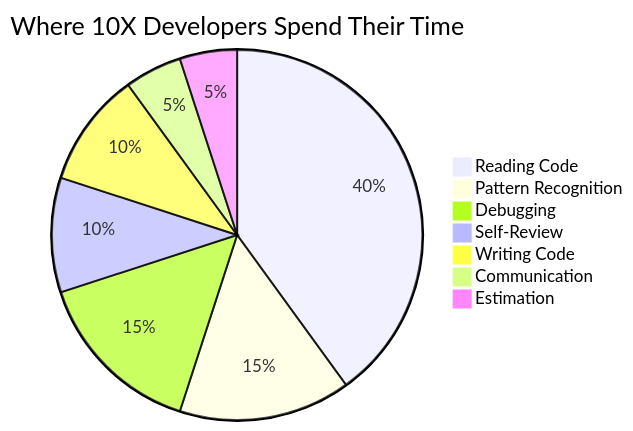
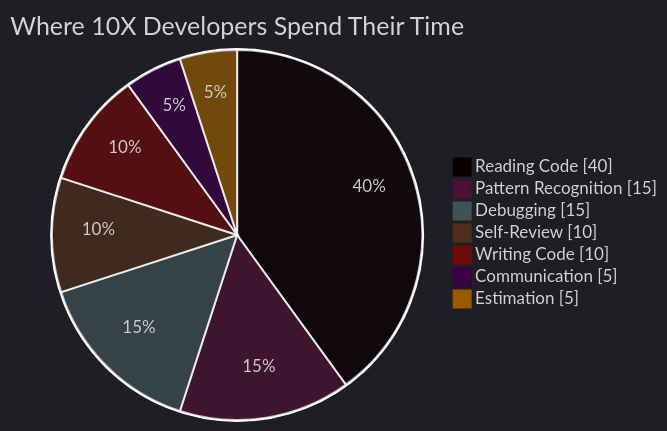
The sixth of 6 diagrams in README.md (LocalAI/unicorn-team), drawn with Mermaid before and after one commit. The commit also changed other lines of this file, not shown here.

Commit message:
docs(readme): Fix Mermaid diagrams for dark mode
- Add dark theme with white text to mindmap
- Add dark theme with white text to pie chart
- Improves readability on GitHub dark mode

🤖 Generated with [Claude Code](https://claude.com/claude-code)

````diff
--- a/README.md
+++ b/README.md
@@ -366,10 +367,12 @@
 ```mermaid
-pie title Where 10X Developers Spend Their Time
+%%{init: {'theme': 'dark', 'themeVariables': { 'primaryTextColor': '#ffffff', 'pieStrokeColor': '#ffffff', 'pieOuterStrokeColor': '#ffffff'}}}%%
+pie showData
+    title Where 10X Developers Spend Their Time
     "Reading Code" : 40
     "Pattern Recognition" : 15
     "Debugging" : 15
     "Self-Review" : 10
     "Writing Code" : 10
     "Communication" : 5
     "Estimation" : 5
 ```
````
